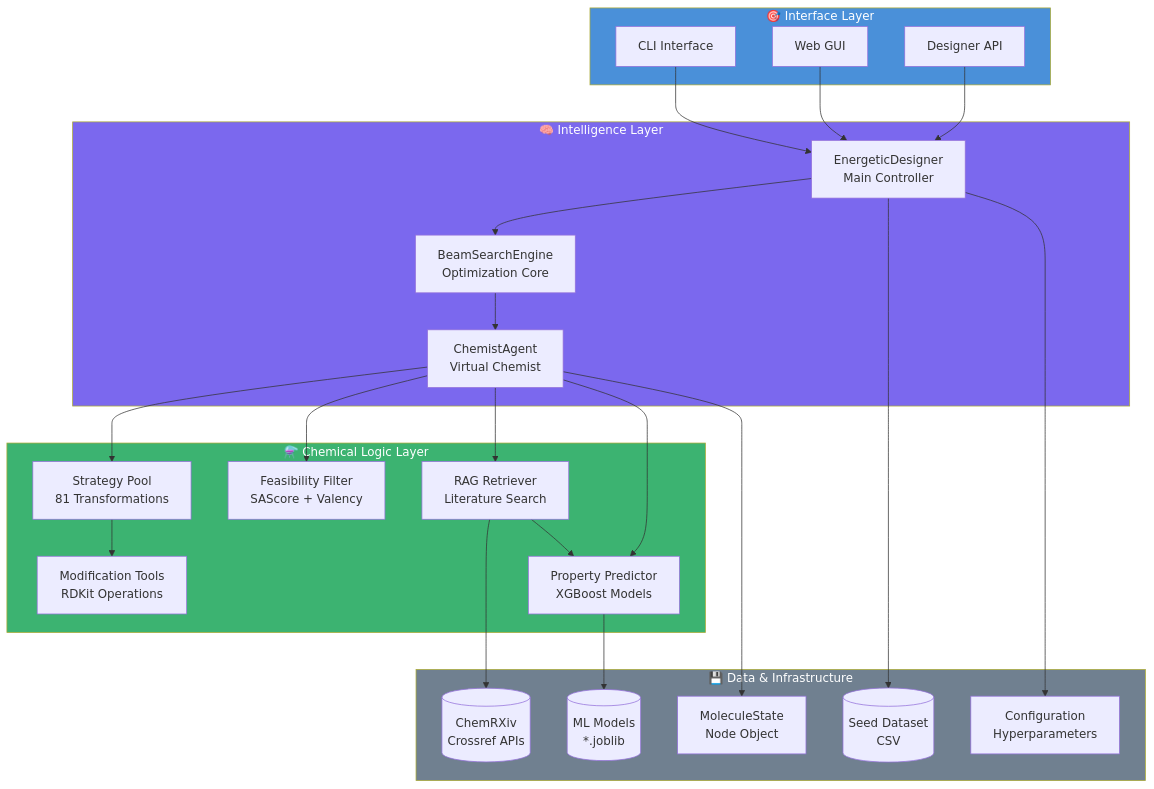
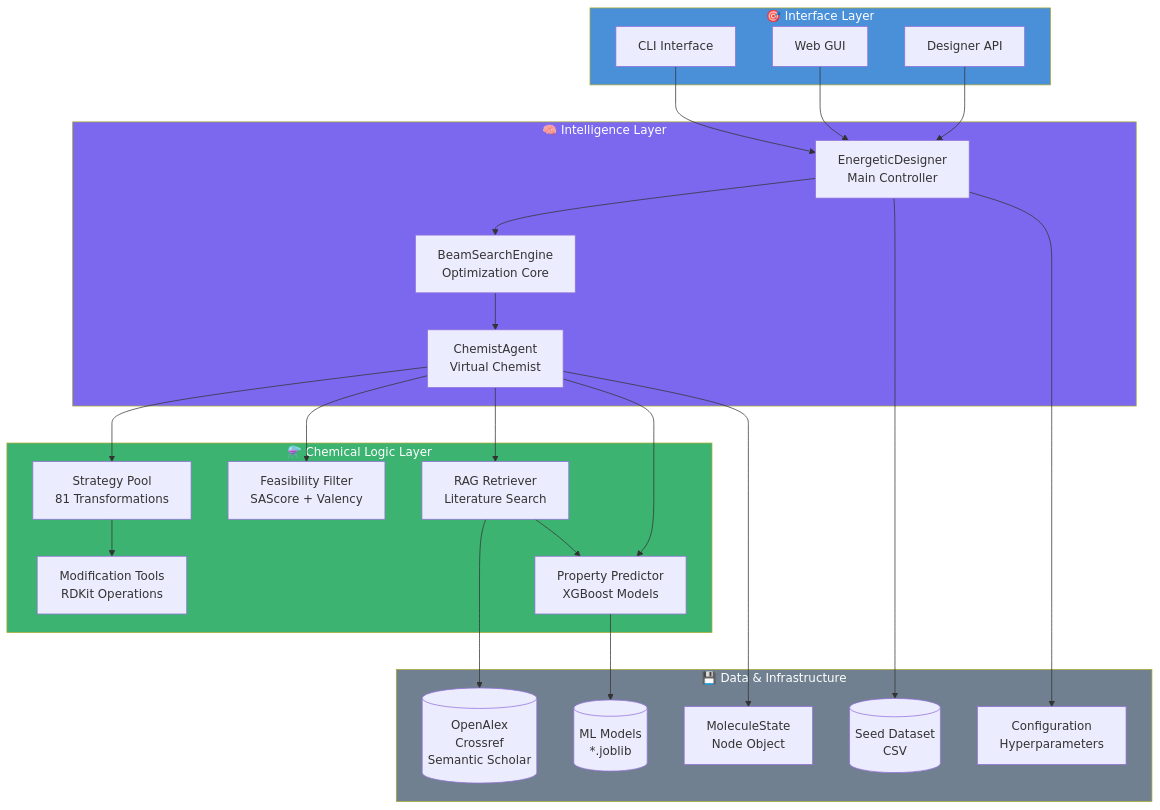
The first of 19 diagrams in docs/system_design.md (josefberman/EnergeticGraph), drawn with Mermaid before and after one commit. The commit also changed other lines of this file and 4 other files, not shown here.

Commit message:
feat: Update .gitignore to exclude RAG cache; enhance requirements with PubChemPy and requests for chemical name resolution; refine system design documentation to reflect multi-database literature search; adjust feasibility calculations in UI for clarity.

````diff
--- a/docs/system_design.md
+++ b/docs/system_design.md
@@ -22,55 +22,55 @@
 ```mermaid
 flowchart TB
     subgraph Interface["🎯 Interface Layer"]
         CLI[CLI Interface]
         GUI[Web GUI]
         API[Designer API]
     end
     
     subgraph Orchestration["🧠 Intelligence Layer"]
         Designer[EnergeticDesigner<br/>Main Controller]
         BeamEngine[BeamSearchEngine<br/>Optimization Core]
         ChemistAgent[ChemistAgent<br/>Virtual Chemist]
     end
     
     subgraph Chemical["⚗️ Chemical Logic Layer"]
         StrategyPool[Strategy Pool<br/>81 Transformations]
         Feasibility[Feasibility Filter<br/>SAScore + Valency]
         RAG[RAG Retriever<br/>Literature Search]
         Predictor[Property Predictor<br/>XGBoost Models]
         ModTools[Modification Tools<br/>RDKit Operations]
     end
     
     subgraph Data["💾 Data & Infrastructure"]
         MolState[MoleculeState<br/>Node Object]
         Config[Configuration<br/>Hyperparameters]
         Models[(ML Models<br/>*.joblib)]
         Dataset[(Seed Dataset<br/>CSV)]
-        ChemRXiv[(ChemRXiv<br/>Crossref APIs)]
+        Literature[(OpenAlex<br/>Crossref<br/>Semantic Scholar)]
     end
     
     CLI --> Designer
     GUI --> Designer
     API --> Designer
     
     Designer --> BeamEngine
     BeamEngine --> ChemistAgent
     
     ChemistAgent --> StrategyPool
     ChemistAgent --> Feasibility
     ChemistAgent --> RAG
     ChemistAgent --> Predictor
     StrategyPool --> ModTools
     
-    RAG --> ChemRXiv
+    RAG --> Literature
     RAG --> Predictor
     Predictor --> Models
     Designer --> Dataset
     ChemistAgent --> MolState
     Designer --> Config
     
     style Interface fill:#4a90d9,color:#fff
     style Orchestration fill:#7b68ee,color:#fff
     style Chemical fill:#3cb371,color:#fff
     style Data fill:#708090,color:#fff
 ```
````
